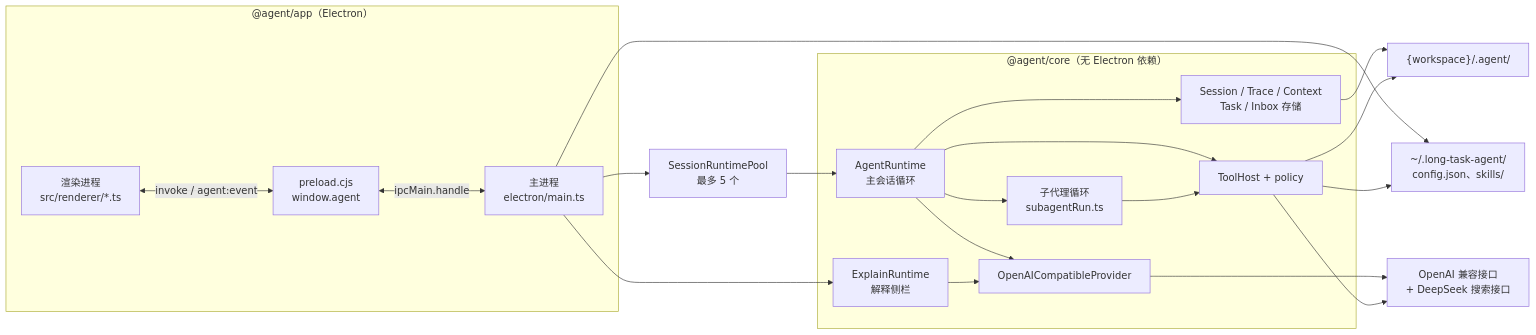
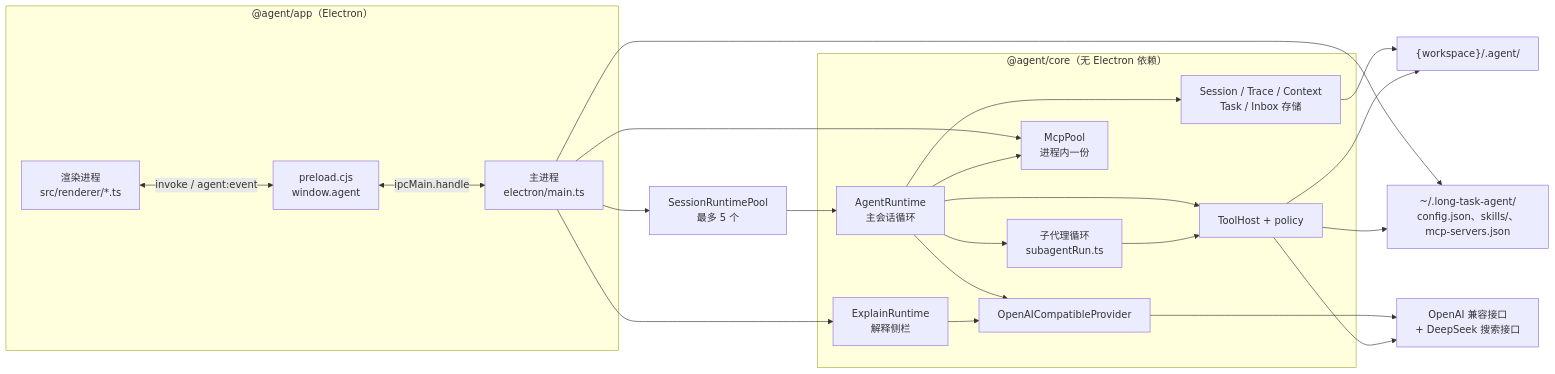
Before and after one commit to chenshiqin66/long-task-desktop-agent: the diagram in docs/architecture.md, drawn with Mermaid. The commit also changed other lines of this file and 16 other files, not shown here.

````diff
--- a/docs/architecture.md
+++ b/docs/architecture.md
@@ -20,37 +20,40 @@
 ```mermaid
 flowchart LR
   subgraph app ["@agent/app（Electron）"]
     renderer["渲染进程<br/>src/renderer/*.ts"]
     preload["preload.cjs<br/>window.agent"]
     main["主进程<br/>electron/main.ts"]
   end
   subgraph core ["@agent/core（无 Electron 依赖）"]
     runtime["AgentRuntime<br/>主会话循环"]
     sub["子代理循环<br/>subagentRun.ts"]
     explain["ExplainRuntime<br/>解释侧栏"]
     tools["ToolHost + policy"]
+    mcp["McpPool<br/>进程内一份"]
     stores["Session / Trace / Context<br/>Task / Inbox 存储"]
     provider["OpenAICompatibleProvider"]
   end
   disk["{workspace}/.agent/"]
-  home["~/.long-task-agent/<br/>config.json、skills/"]
+  home["~/.long-task-agent/<br/>config.json、skills/、mcp-servers.json"]
   llm["OpenAI 兼容接口<br/>+ DeepSeek 搜索接口"]
 
   renderer <-->|"invoke / agent:event"| preload
   preload <-->|"ipcMain.handle"| main
   main --> pool["SessionRuntimePool<br/>最多 5 个"]
   pool --> runtime
+  main --> mcp
+  runtime --> mcp
   main --> explain
   main --> home
   runtime --> sub
   runtime --> tools
   runtime --> stores
   runtime --> provider
   sub --> tools
   explain --> provider
   stores --> disk
   tools --> disk
   tools --> home
   provider --> llm
   tools --> llm
 ```
````
